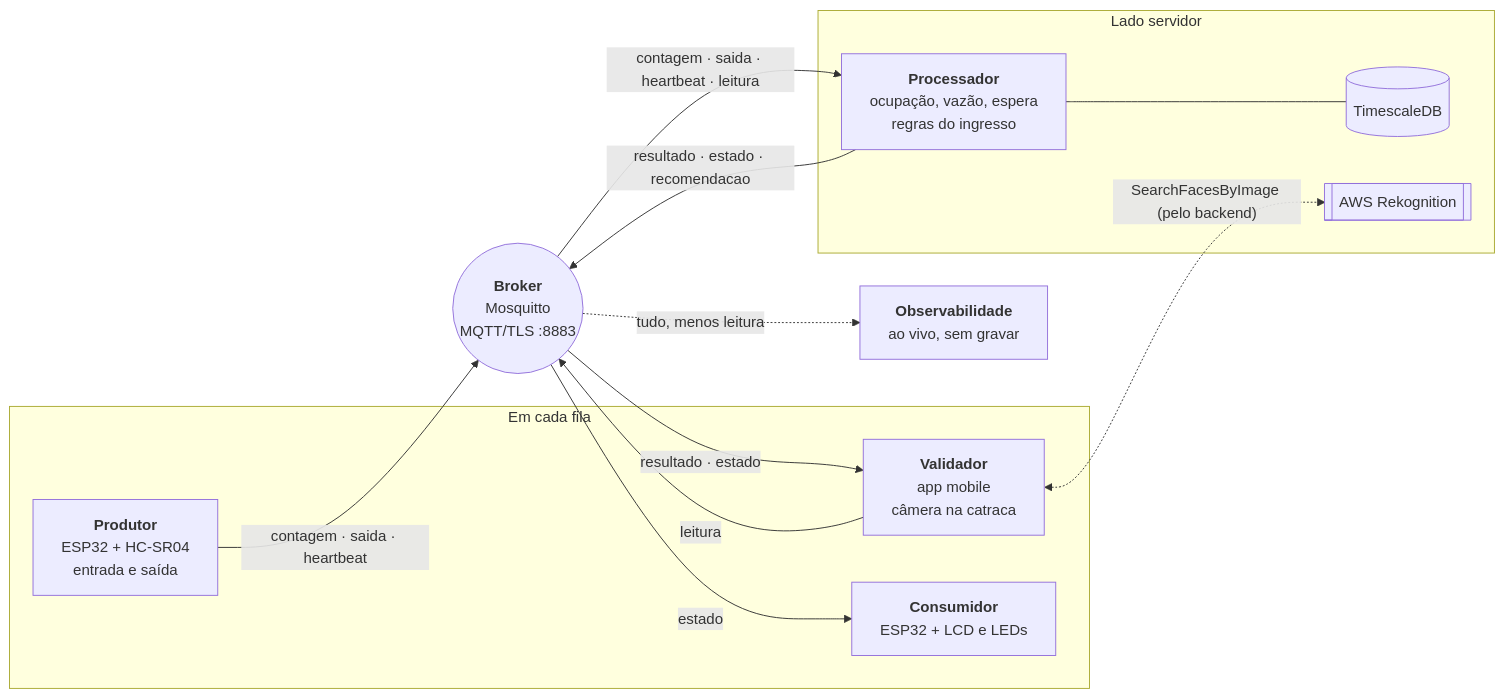
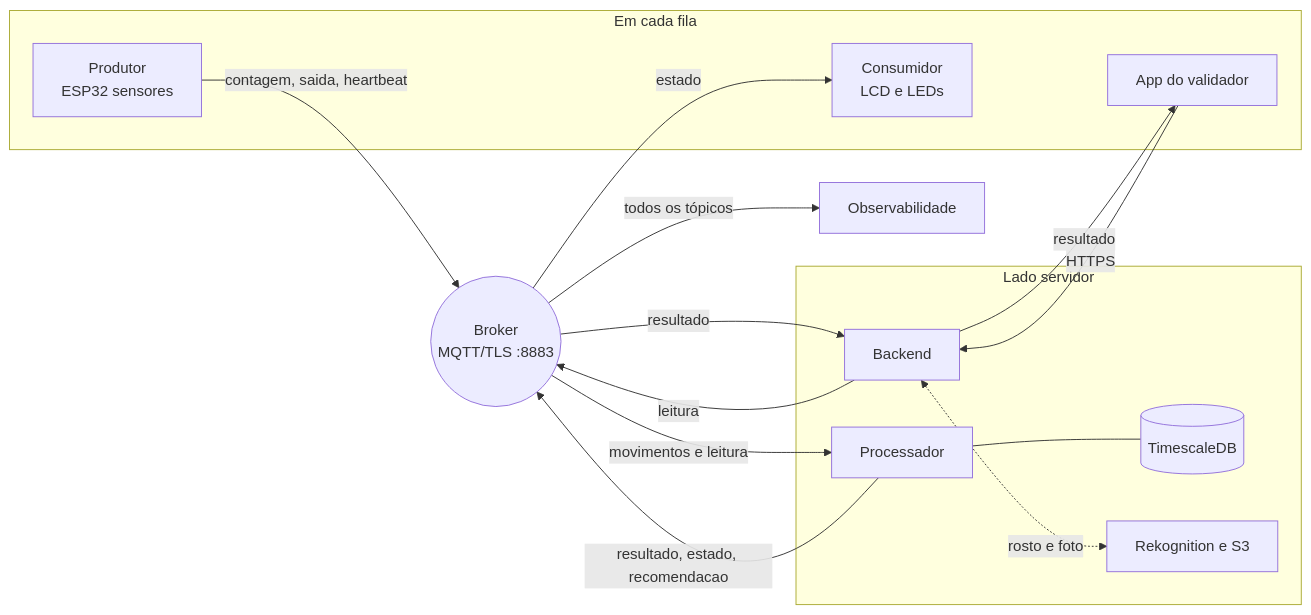
One commit to UFG-INF-SSU-2026/Leite-de-Pedra changed the first of 8 diagrams in docs/ARQUITETURA.md. Above: the diagram before and after it, drawn with Mermaid. The commit also changed other lines of this file and 7 other files, not shown here.

````diff
--- a/docs/ARQUITETURA.md
+++ b/docs/ARQUITETURA.md
@@ -38,28 +41,31 @@
 ```mermaid
 flowchart LR
     subgraph Fila["Em cada fila"]
-        P["<b>Produtor</b><br/>ESP32 + HC-SR04<br/>entrada e saída"]
-        V["<b>Validador</b><br/>app mobile<br/>câmera na catraca"]
-        S["<b>Consumidor</b><br/>ESP32 + LCD e LEDs"]
+        P["Produtor<br/>ESP32 sensores"]
+        V["App do validador"]
+        S["Consumidor<br/>LCD e LEDs"]
     end
 
-    B(("<b>Broker</b><br/>Mosquitto<br/>MQTT/TLS :8883"))
+    B(("Broker<br/>MQTT/TLS :8883"))
 
     subgraph Servidor["Lado servidor"]
-        C["<b>Processador</b><br/>ocupação, vazão, espera<br/>regras do ingresso"]
+        K["Backend"]
+        C["Processador"]
         DB[("TimescaleDB")]
-        R[["AWS Rekognition"]]
+        R["Rekognition e S3"]
     end
 
-    O["<b>Observabilidade</b><br/>ao vivo, sem gravar"]
+    O["Observabilidade"]
 
-    P -- "contagem · saida · heartbeat" --> B
-    V -- "leitura" --> B
-    B -- "contagem · saida · heartbeat · leitura" --> C
+    P -- "contagem, saida, heartbeat" --> B
+    V -- "HTTPS" --> K
+    K -- "leitura" --> B
+    K <-. "rosto e foto" .-> R
+    B -- "movimentos e leitura" --> C
     C --- DB
-    V <-. "SearchFacesByImage (pelo backend)" .-> R
-    C -- "resultado · estado · recomendacao" --> B
+    C -- "resultado, estado, recomendacao" --> B
     B -- "estado" --> S
-    B -- "resultado · estado" --> V
-    B -. "tudo, menos leitura" .-> O
+    B -- "resultado" --> K
+    K -- "resultado" --> V
+    B -- "todos os tópicos" --> O
 ```
````
